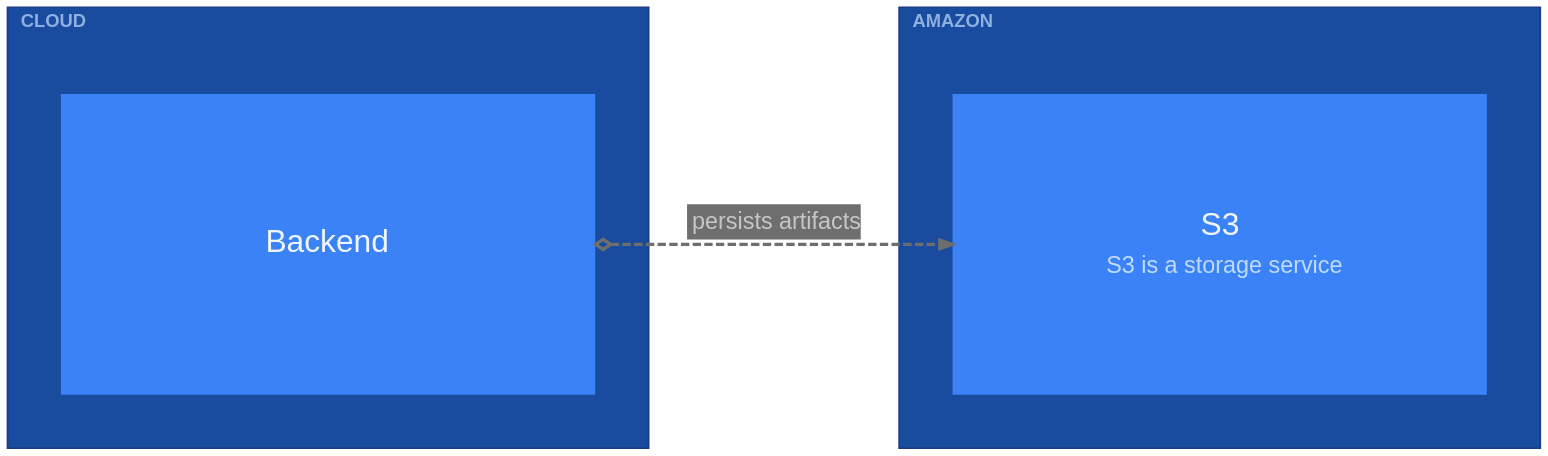
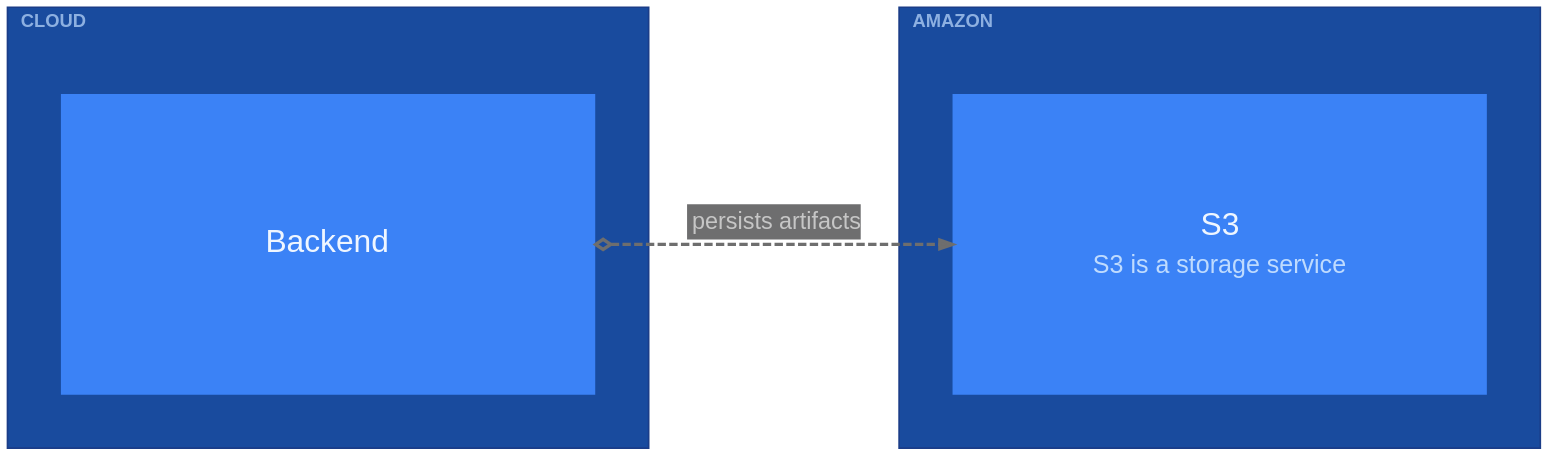
One commit to likec4/likec4 changed the diagram in packages/layouts/src/graphviz/__snapshots__/ElementViewPrinter-amazon.dot. Above: the diagram before and after it, drawn with Graphviz. The commit also changed 43 other files, not shown here.

```diff
--- a/packages/layouts/src/graphviz/__snapshots__/ElementViewPrinter-amazon.dot
+++ b/packages/layouts/src/graphviz/__snapshots__/ElementViewPrinter-amazon.dot
@@ -1,82 +1,84 @@
 digraph {
   bgcolor = "transparent";
   layout = "dot";
   compound = true;
   rankdir = "TB";
   TBbalance = "min";
   splines = "spline";
   outputorder = "nodesfirst";
   nodesep = 1.528;
   ranksep = 1.667;
   pad = 0.209;
   fontname = "Arial";
   graph [
     fontsize = 15;
     labeljust = "l";
     labelloc = "t";
     margin = 50.1;
   ];
   edge [
     arrowsize = 0.75;
     fontname = "Arial";
     fontsize = 14;
     penwidth = 2;
     color = "#6E6E6E";
     fontcolor = "#C6C6C6";
   ];
   node [
     fontname = "Arial";
     shape = "rect";
-    width = 4.445;
-    height = 2.5;
     fillcolor = "#3b82f6";
     fontcolor = "#eff6ff";
     color = "#2563eb";
     style = "filled";
     penwidth = 0;
   ];
   "backend" [
     likec4_id = "cloud.backend";
     likec4_level = 1;
     label = <<FONT POINT-SIZE="19">Backend</FONT>>;
-    margin = "0.362,0.362";
+    margin = "0.334,0.334";
+    width = 4.445;
+    height = 2.5;
   ];
   "s3" [
     likec4_id = "amazon.s3";
     likec4_level = 1;
-    label = <<TABLE BORDER="0" CELLPADDING="0" CELLSPACING="6"><TR><TD><FONT POINT-SIZE="19">S3</FONT></TD></TR><TR><TD><FONT POINT-SIZE="14" COLOR="#bfdbfe">S3 is a storage service</FONT></TD></TR></TABLE>>;
-    margin = "0.362,0.362";
+    label = <<TABLE BORDER="0" CELLPADDING="0" CELLSPACING="5"><TR><TD><FONT POINT-SIZE="19">S3</FONT></TD></TR><TR><TD><FONT POINT-SIZE="15" COLOR="#bfdbfe">S3 is a storage service</FONT></TD></TR></TABLE>>;
+    margin = "0.334,0.334";
+    width = 4.445;
+    height = 2.5;
   ];
   subgraph "cluster_cloud" {
     likec4_id = "cloud";
     likec4_level = 0;
     likec4_depth = 1;
     fillcolor = "#194b9e";
     color = "#1b3d88";
     style = "filled";
     margin = 32;
     label = <<FONT POINT-SIZE="11" COLOR="#bfdbfeb3"><B>CLOUD</B></FONT>>;
     "backend";
   }
   subgraph "cluster_amazon" {
     likec4_id = "amazon";
     likec4_level = 0;
     likec4_depth = 1;
     fillcolor = "#194b9e";
     color = "#1b3d88";
     style = "filled";
     margin = 32;
     label = <<FONT POINT-SIZE="11" COLOR="#bfdbfeb3"><B>AMAZON</B></FONT>>;
     "s3";
   }
   "backend" -> "s3" [
     likec4_id = "cloud.backend:amazon.s3";
     style = "dashed";
     weight = 3;
     label = <<TABLE BORDER="0" CELLPADDING="3" CELLSPACING="0" BGCOLOR="#18191bA0"><TR><TD ALIGN="TEXT" BALIGN="LEFT"><FONT POINT-SIZE="14">persists artifacts</FONT></TD></TR></TABLE>>;
     arrowhead = "normal";
     arrowtail = "odiamond";
     dir = "both";
     minlen = 0;
   ];
 }
```
